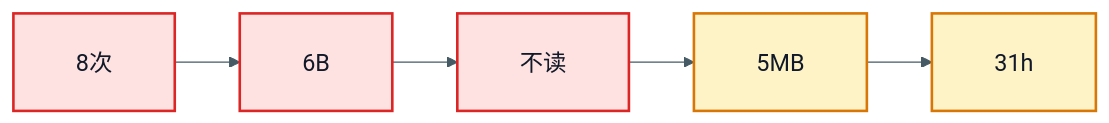
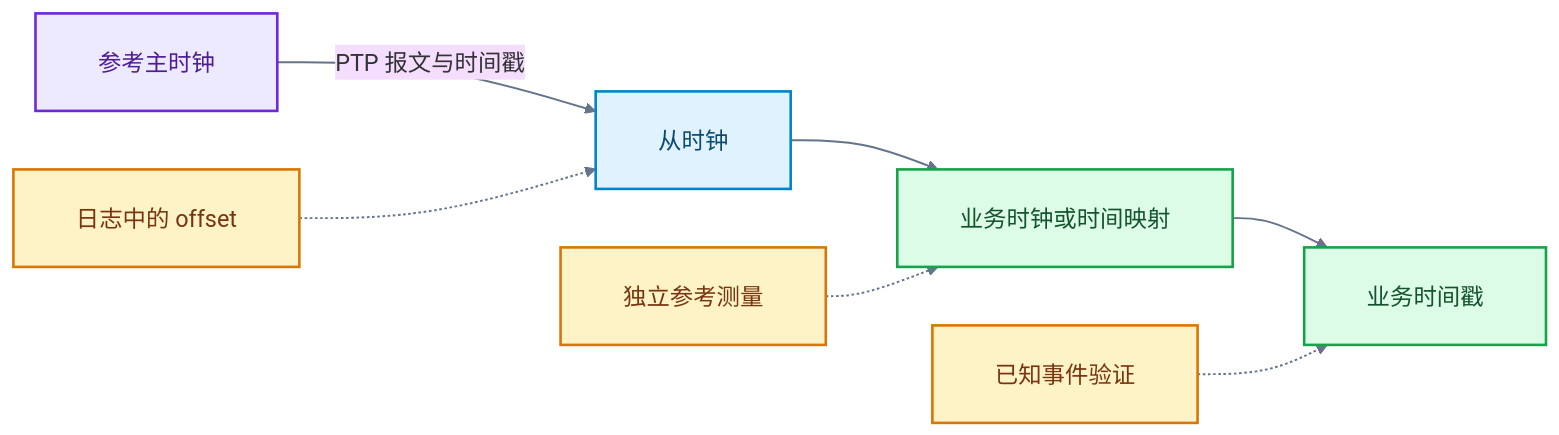
The second of 3 diagrams in content/posts/performance/ptp_precision_optimization.md (DeguiLiu/tech-notes), drawn with Mermaid before and after one commit. The commit also changed other lines of this file and 1 other file, not shown here.

Commit message:
story-docs(blog): publish latest PTP precision optimization article

````diff
--- a/content/posts/performance/ptp_precision_optimization.md
+++ b/content/posts/performance/ptp_precision_optimization.md
@@ -224,9 +112,19 @@
 ```mermaid
-%%{init: {"theme":"base","themeVariables":{"fontFamily":"sans-serif","fontSize":"18px","lineColor":"#455A64"},"flowchart":{"htmlLabels":true,"padding":24}}}%%
+%%{init: {"theme":"base","themeVariables":{"fontFamily":"sans-serif","fontSize":"18px","lineColor":"#455A64"},"flowchart":{"htmlLabels":true,"padding":24,"nodeSpacing":45,"rankSpacing":55}}}%%
 flowchart LR
-    A["8次"] --> B["6B"] --> C["不读"] --> D["5MB"] --> E["31h"]
-    classDef cause fill:#FEE2E2,stroke:#DC2626,stroke-width:2px,color:#111827
-    classDef result fill:#FEF3C7,stroke:#D97706,stroke-width:2px,color:#111827
-    class A,B,C cause
-    class D,E result
+    A["参考主时钟"] -->|"PTP 报文与时间戳"| B["从时钟"]
+    B --> C["业务时钟或时间映射"]
+    C --> D["业务时间戳"]
+    E["日志中的 offset"] -.-> B
+    F["独立参考测量"] -.-> C
+    G["已知事件验证"] -.-> D
+    classDef ref fill:#EDE9FE,stroke:#6D28D9,stroke-width:2px,color:#4C1D95
+    classDef sync fill:#E0F2FE,stroke:#0284C7,stroke-width:2px,color:#0C4A6E
+    classDef biz fill:#DCFCE7,stroke:#16A34A,stroke-width:2px,color:#14532D
+    classDef measure fill:#FEF3C7,stroke:#D97706,stroke-width:2px,color:#78350F
+    class A ref
+    class B sync
+    class C,D biz
+    class E,F,G measure
+    linkStyle default stroke:#64748B,stroke-width:1.5px
 ```
````
